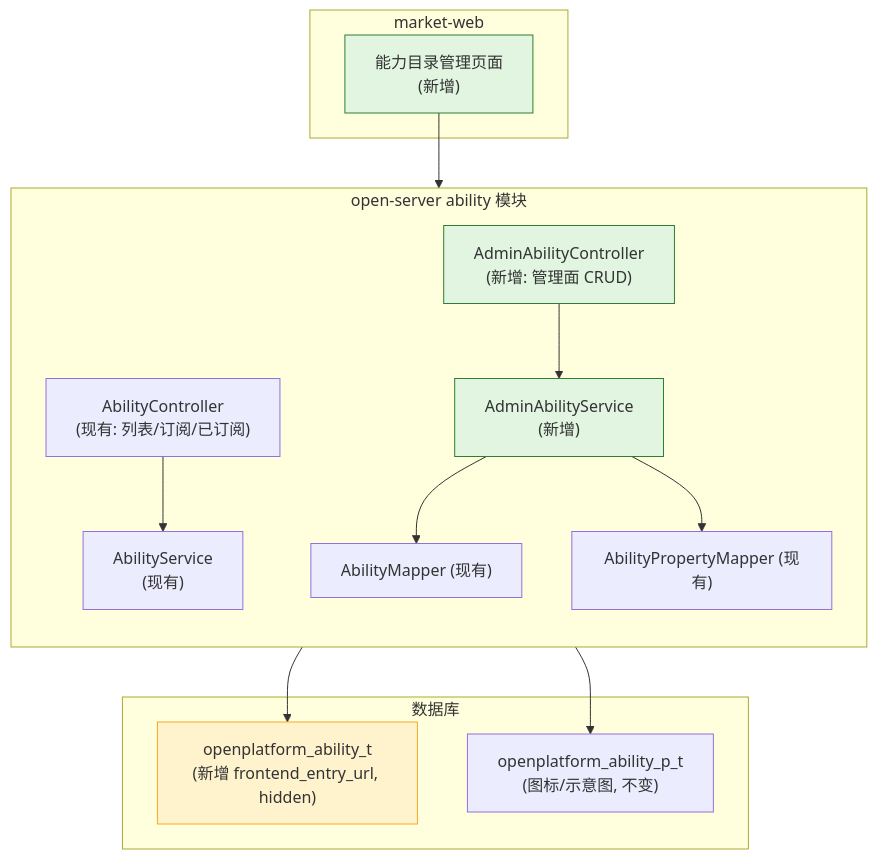
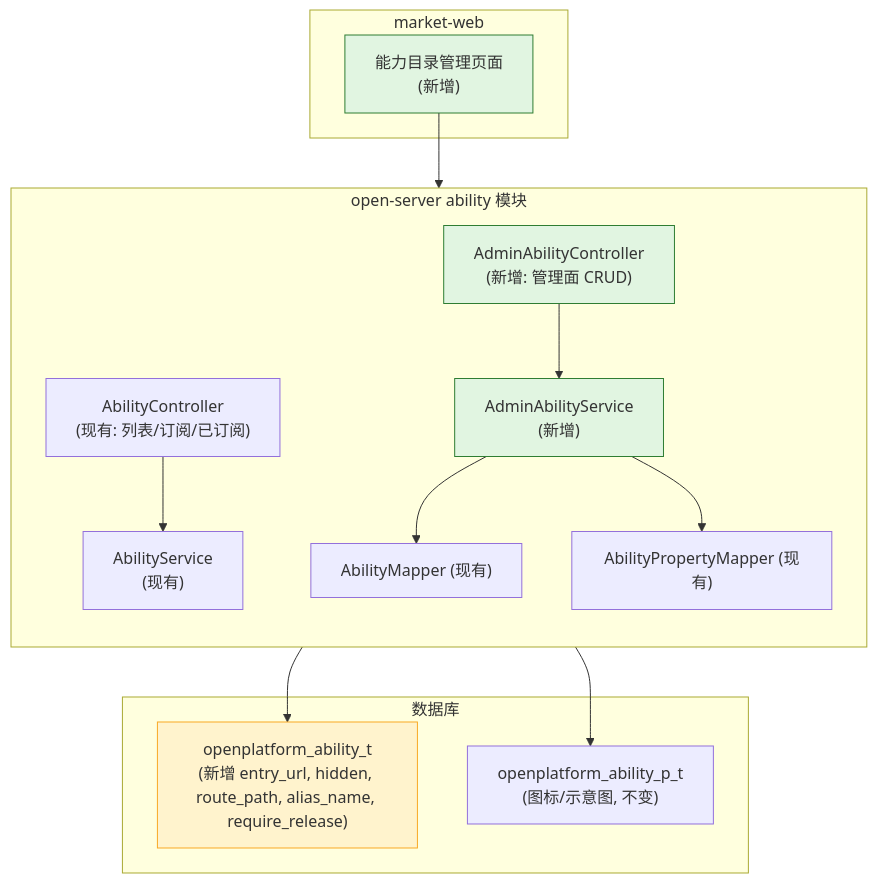
The first of 5 diagrams in .sddu/specs-tree-root/specs-tree-ability-embedding/specs-tree-embedding-platform/plan.md (THZSummer/open-app), drawn with Mermaid before and after one commit. The commit also changed other lines of this file and 7 other files, not shown here.

````diff
--- a/.sddu/specs-tree-root/specs-tree-ability-embedding/specs-tree-embedding-platform/plan.md
+++ b/.sddu/specs-tree-root/specs-tree-ability-embedding/specs-tree-embedding-platform/plan.md
@@ -50,34 +50,34 @@
 ```mermaid
 graph TB
     subgraph OpenServer["open-server ability 模块"]
         direction TB
         AbilityController["AbilityController<br/>(现有: 列表/订阅/已订阅)"]
         AdminController["AdminAbilityController<br/>(新增: 管理面 CRUD)"]
         AbilityService["AbilityService<br/>(现有)"]
         AdminService["AdminAbilityService<br/>(新增)"]
         AbilityMapper["AbilityMapper (现有)"]
         AbilityPropertyMapper["AbilityPropertyMapper (现有)"]
     end
 
     subgraph MarketWeb["market-web"]
         AdminPages["能力目录管理页面<br/>(新增)"]
     end
 
     subgraph DB["数据库"]
-        T1["openplatform_ability_t<br/>(新增 frontend_entry_url, hidden)"]
+        T1["openplatform_ability_t<br/>(新增 entry_url, hidden, route_path, alias_name, require_release)"]
         T2["openplatform_ability_p_t<br/>(图标/示意图, 不变)"]
     end
 
     AdminPages --> AdminController
     AbilityController --> AbilityService
     AdminController --> AdminService
     AdminService --> AbilityMapper
     AdminService --> AbilityPropertyMapper
     AbilityMapper --> T1
     AbilityPropertyMapper --> T2
 
     style AdminController fill:#e1f5e1,stroke:#2e7d32
     style AdminService fill:#e1f5e1,stroke:#2e7d32
     style AdminPages fill:#e1f5e1,stroke:#2e7d32
     style T1 fill:#fff3cd,stroke:#f9a825
 ```
````
